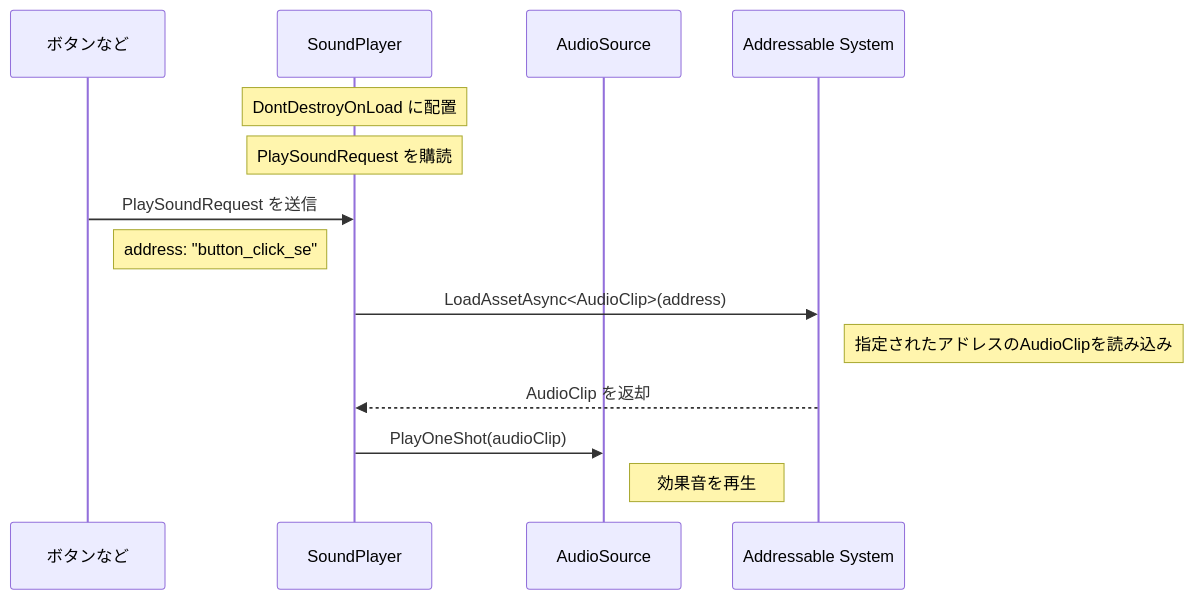
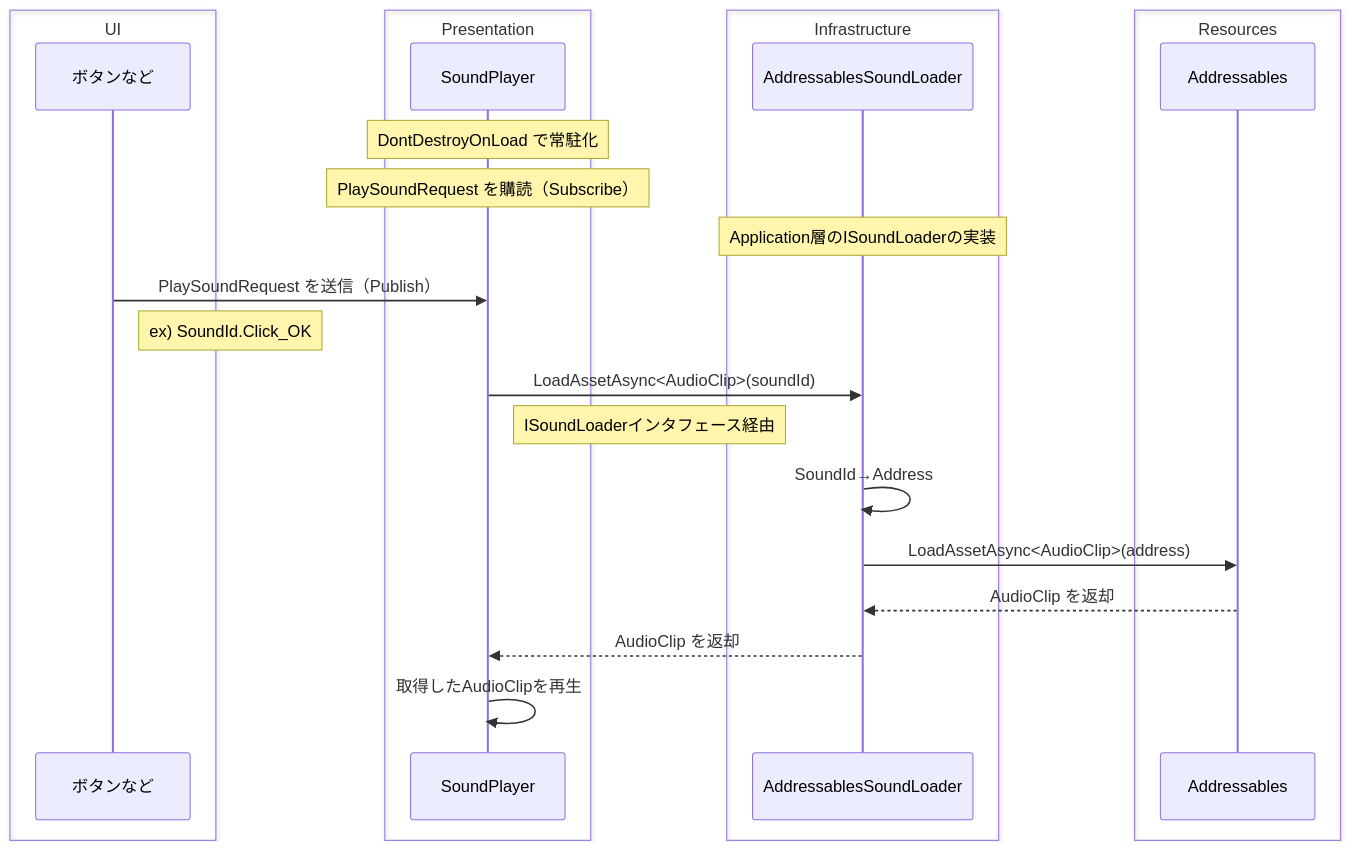
One commit to ushibutatory/tech-blogs changed the diagram in articles/7a4e30c1f1dc75d41d28.md. Above: the diagram before and after it, drawn with Mermaid. The commit also changed other lines of this file, not shown here.

Commit message:
zenn: 効果音再生を一元管理するSoundPlayer

````diff
--- a/articles/7a4e30c1f1dc75d41d28.md
+++ b/articles/7a4e30c1f1dc75d41d28.md
@@ -36,21 +27,31 @@
 ```mermaid
 sequenceDiagram
-    participant Button as ボタンなど
-    participant SoundPlayer as SoundPlayer
-    participant AudioSource as AudioSource
-    participant Addressable as Addressable System
+    box UI
+        participant Button as ボタンなど
+    end
+    box Presentation
+        participant SoundPlayer
+    end
+    Note over SoundPlayer: DontDestroyOnLoad で常駐化
+    Note over SoundPlayer: PlaySoundRequest を購読（Subscribe）
+    box Infrastructure
+        participant AddressablesSoundLoader
+    end
+    Note over AddressablesSoundLoader: Application層のISoundLoaderの実装
+    box Resources
+        participant Addressables
+    end
 
-    Note over SoundPlayer: DontDestroyOnLoad に配置
-    Note over SoundPlayer: PlaySoundRequest を購読
+    Button->>SoundPlayer: PlaySoundRequest を送信（Publish）
+    Note right of Button: ex) SoundId.Click_OK
 
-    Button->>SoundPlayer: PlaySoundRequest を送信
-    Note right of Button: address: "button_click_se"
+    SoundPlayer->>AddressablesSoundLoader: LoadAssetAsync<AudioClip>(soundId)
+    Note right of SoundPlayer: ISoundLoaderインタフェース経由
+    AddressablesSoundLoader->>AddressablesSoundLoader: SoundId→Address
+    AddressablesSoundLoader->>Addressables: LoadAssetAsync<AudioClip>(address)
 
-    SoundPlayer->>Addressable: LoadAssetAsync<AudioClip>(address)
-    Note right of Addressable: 指定されたアドレスのAudioClipを読み込み
+    Addressables-->>AddressablesSoundLoader: AudioClip を返却
+    AddressablesSoundLoader-->>SoundPlayer: AudioClip を返却
 
-    Addressable-->>SoundPlayer: AudioClip を返却
-
-    SoundPlayer->>AudioSource: PlayOneShot(audioClip)
-    Note right of AudioSource: 効果音を再生
+    SoundPlayer->>SoundPlayer: 取得したAudioClipを再生
 ```
````
